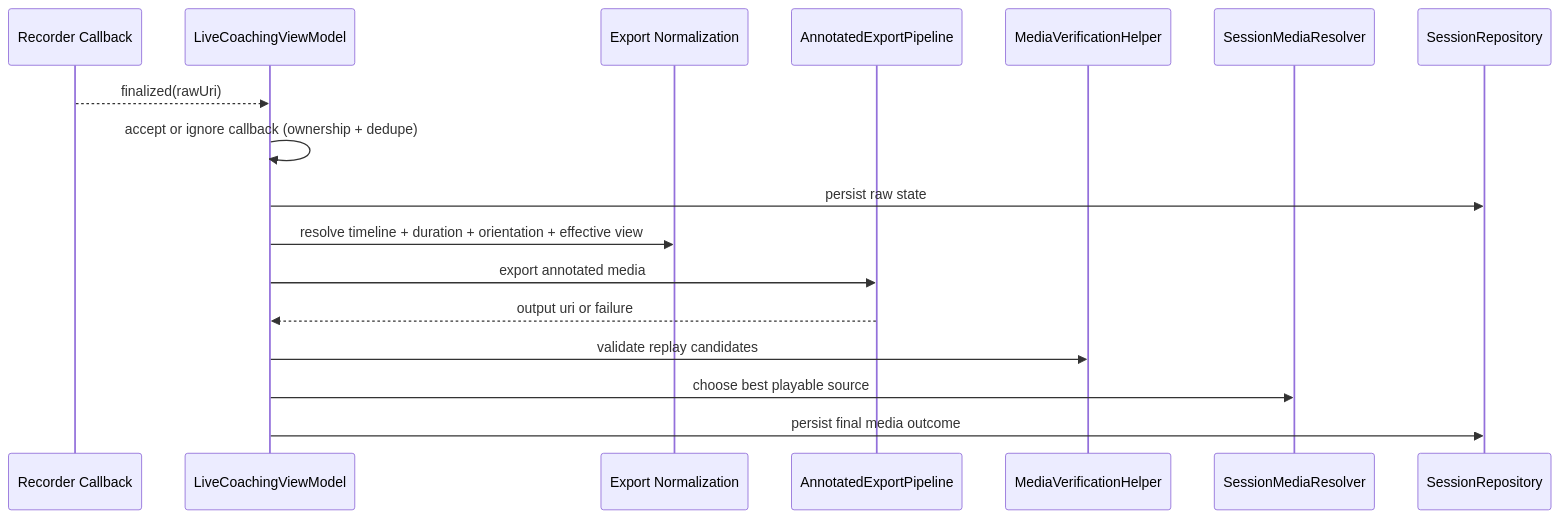
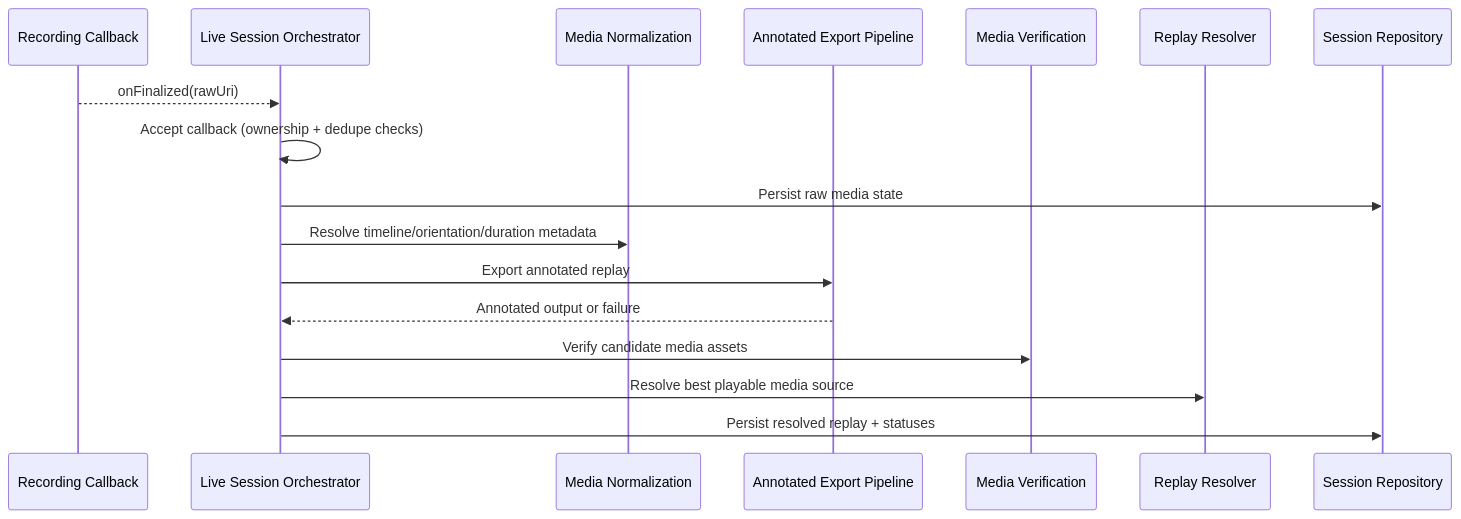
Before and after one commit to Voycepeh/CaliVision: the diagram in docs/diagrams/sequence-export-finalization.md, drawn with Mermaid. The commit also changed 23 other files, not shown here.

Commit message:
docs: realign repo docs and diagrams with current drill-centric workflows

````diff
--- a/docs/diagrams/sequence-export-finalization.md
+++ b/docs/diagrams/sequence-export-finalization.md
@@ -3,20 +3,20 @@
 ```mermaid
 sequenceDiagram
-    participant REC as Recorder Callback
-    participant VM as LiveCoachingViewModel
-    participant NORM as Export Normalization
-    participant EXP as AnnotatedExportPipeline
-    participant VERIFY as MediaVerificationHelper
-    participant RES as SessionMediaResolver
-    participant REPO as SessionRepository
+    participant REC as Recording Callback
+    participant ORCH as Live Session Orchestrator
+    participant NORM as Media Normalization
+    participant EXP as Annotated Export Pipeline
+    participant VERIFY as Media Verification
+    participant RES as Replay Resolver
+    participant REPO as Session Repository
 
-    REC-->>VM: finalized(rawUri)
-    VM->>VM: accept or ignore callback (ownership + dedupe)
-    VM->>REPO: persist raw state
-    VM->>NORM: resolve timeline + duration + orientation + effective view
-    VM->>EXP: export annotated media
-    EXP-->>VM: output uri or failure
-    VM->>VERIFY: validate replay candidates
-    VM->>RES: choose best playable source
-    VM->>REPO: persist final media outcome
+    REC-->>ORCH: onFinalized(rawUri)
+    ORCH->>ORCH: Accept callback (ownership + dedupe checks)
+    ORCH->>REPO: Persist raw media state
+    ORCH->>NORM: Resolve timeline/orientation/duration metadata
+    ORCH->>EXP: Export annotated replay
+    EXP-->>ORCH: Annotated output or failure
+    ORCH->>VERIFY: Verify candidate media assets
+    ORCH->>RES: Resolve best playable media source
+    ORCH->>REPO: Persist resolved replay + statuses
 ```
````
